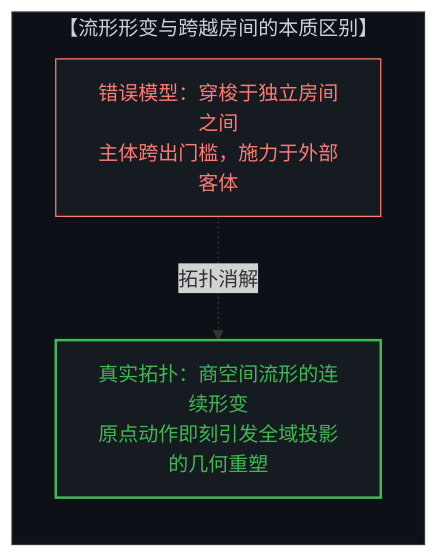
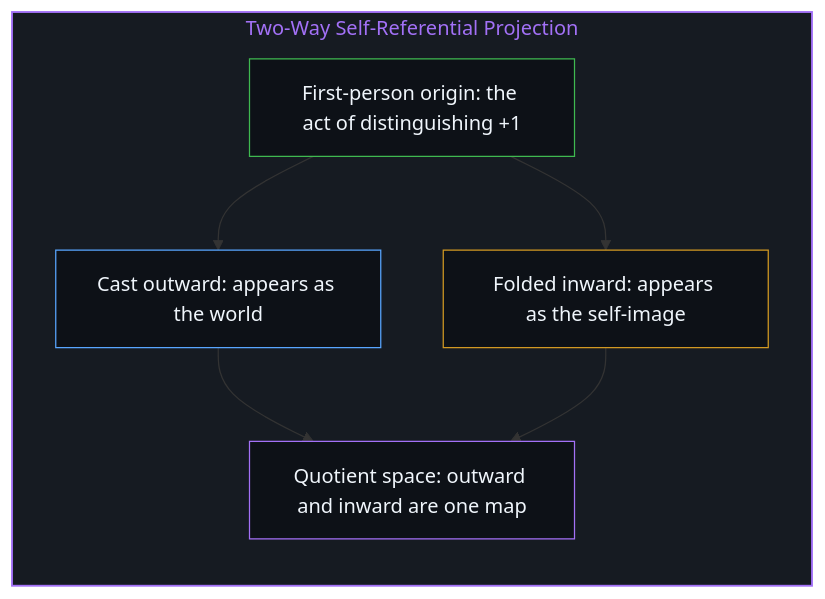
The fourth of 12 diagrams in content/posts/the-geometry-of-the-cut.md (powerpig99/not-a-toe), drawn with Mermaid before and after one commit. The commit also changed other lines of this file and 3 other files, not shown here.

Commit message:
Refine the-geometry-of-the-cut: alternating bilingual layout, English diagram twins, first-person framing

````diff
--- a/content/posts/the-geometry-of-the-cut.md
+++ b/content/posts/the-geometry-of-the-cut.md
@@ -95,12 +92,20 @@
 ```mermaid
-graph TD
-    subgraph MapDeformation["【流形形变与跨越房间的本质区别】"]
+flowchart TD
+    subgraph S_Projection["Two-Way Self-Referential Projection"]
         direction TB
-        RoomModel["错误模型：穿梭于独立房间之间<br>主体跨出门槛，施力于外部客体"]
-        ManifoldModel["真实拓扑：商空间流形的连续形变<br>原点动作即刻引发全域投影的几何重塑"]
-        RoomModel -.->|拓扑消解| ManifoldModel
+        Origin["First-person origin: the act of distinguishing +1"]
+        Out["Cast outward: appears as the world"]
+        In["Folded inward: appears as the self-image"]
+        Quotient["Quotient space: outward and inward are one map"]
+        Origin --> Out
+        Origin --> In
+        Out --> Quotient
+        In --> Quotient
     end
-    style MapDeformation fill:#0d1117,stroke:#30363d,stroke-width:1px,color:#c9d1d9
-    style RoomModel fill:#161b22,stroke:#ff7b72,stroke-width:1px,color:#ff7b72
-    style ManifoldModel fill:#161b22,stroke:#3fb950,stroke-width:2px,color:#3fb950
+
+    style S_Projection fill:#161b22,stroke:#a371f7,stroke-width:1.5px,color:#a371f7
+    style Origin fill:#0d1117,stroke:#3fb950,stroke-width:1px,color:#f0f6fc
+    style Out fill:#0d1117,stroke:#58a6ff,stroke-width:1px,color:#f0f6fc
+    style In fill:#0d1117,stroke:#d29922,stroke-width:1px,color:#f0f6fc
+    style Quotient fill:#0d1117,stroke:#a371f7,stroke-width:1px,color:#f0f6fc
 ```
````
